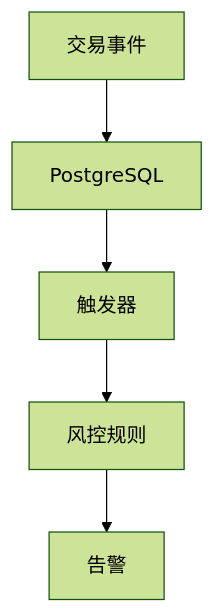
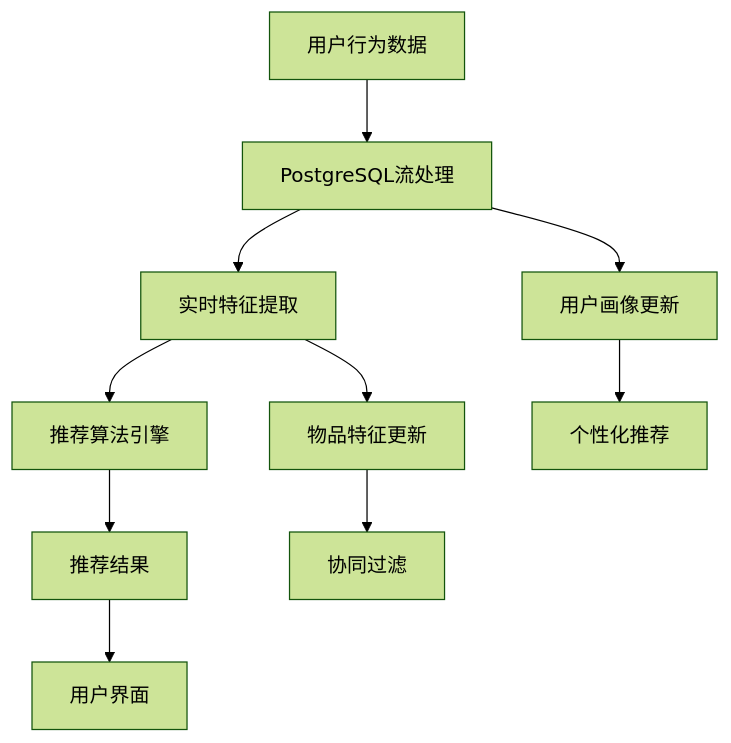
One commit to AdaMartin18010/Data-Science changed the third of 3 diagrams in Analysis/1-数据库系统/1.1-PostgreSQL/1.1.14-实时流处理与CEP.md. Above: the diagram before and after it, drawn with Mermaid (forest theme). The commit also changed other lines of this file and 168 other files, not shown here.

````diff
--- a/Analysis/1-数据库系统/1.1-PostgreSQL/1.1.14-实时流处理与CEP.md
+++ b/Analysis/1-数据库系统/1.1-PostgreSQL/1.1.14-实时流处理与CEP.md
@@ -32,7 +787,14 @@
 ```mermaid
-flowchart TD
-  T[交易事件] --> PG[PostgreSQL]
-  PG --> TR[触发器]
-  TR --> R[风控规则]
-  R --> A[告警]
+graph TD
+    A[用户行为数据] --> B[PostgreSQL流处理]
+    B --> C[实时特征提取]
+    C --> D[推荐算法引擎]
+    D --> E[推荐结果]
+    E --> F[用户界面]
+    
+    B --> G[用户画像更新]
+    G --> H[个性化推荐]
+    
+    C --> I[物品特征更新]
+    I --> J[协同过滤]
 ```
````
